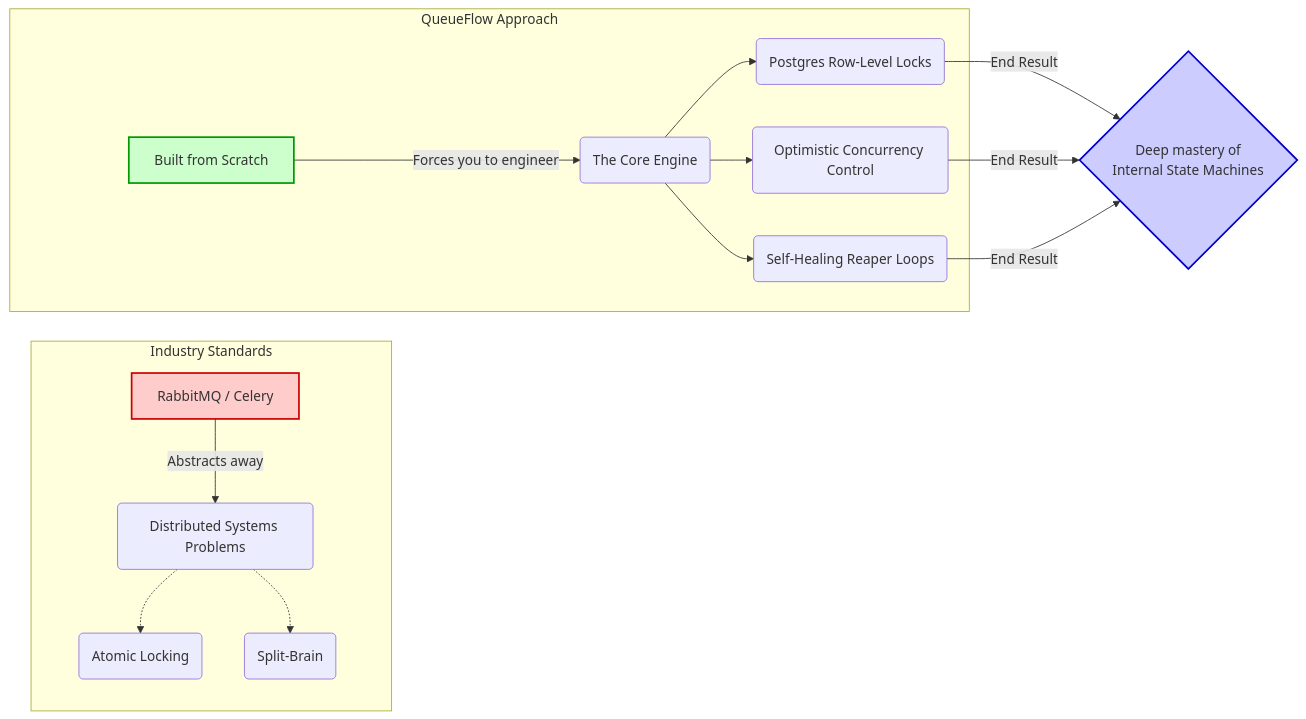
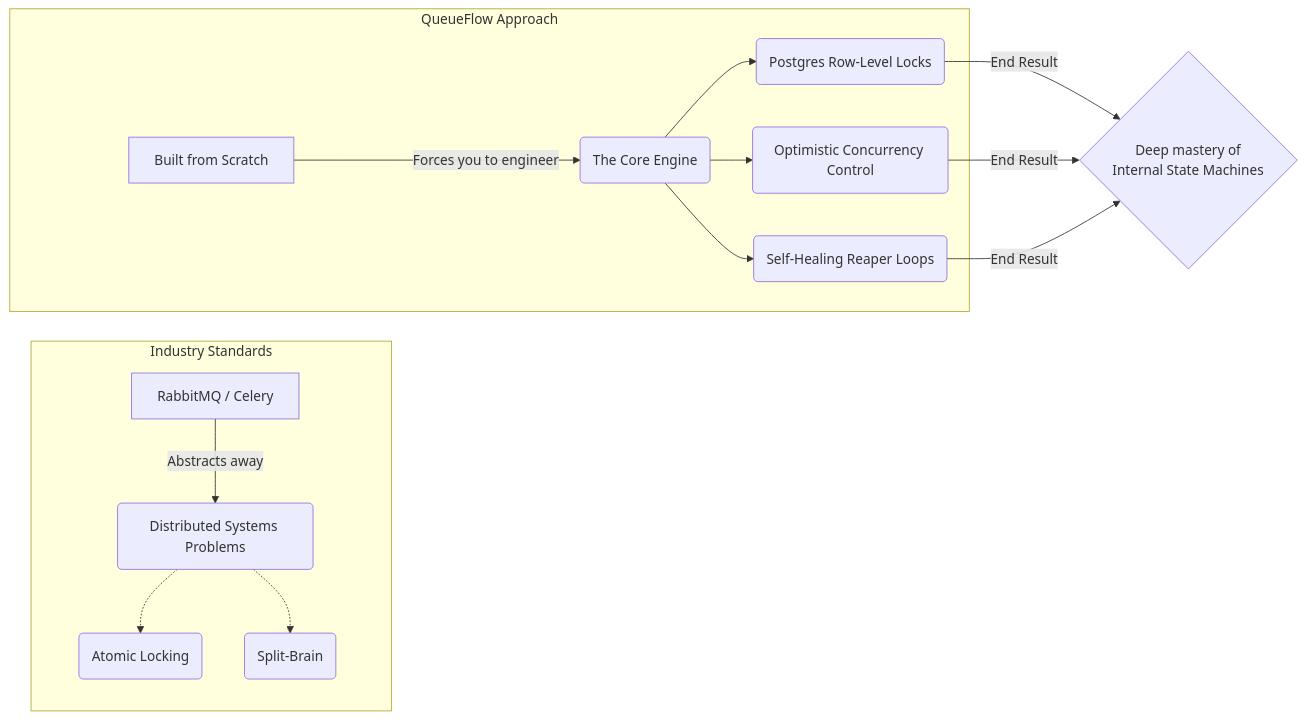
One commit to Aryns293/QueueFlow-prep changed the first of 3 diagrams in Final/7.1-100-Most-Expected-Questions-Part1.md. Above: the diagram before and after it, drawn with Mermaid.

Commit message:
fix: remove hardcoded mermaid colors for dark mode visibility

````diff
--- a/Final/7.1-100-Most-Expected-Questions-Part1.md
+++ b/Final/7.1-100-Most-Expected-Questions-Part1.md
@@ -21,21 +21,17 @@
 ```mermaid
 flowchart LR
     subgraph The_Easy_Way [Industry Standards]
         A[RabbitMQ / Celery] -->|Abstracts away| B(Distributed Systems Problems)
         B -.-> C(Atomic Locking)
         B -.-> D(Split-Brain)
     end
     
     subgraph The_QueueFlow_Way [QueueFlow Approach]
         F[Built from Scratch] -->|Forces you to engineer| G(The Core Engine)
         G --> H(Postgres Row-Level Locks)
         G --> I(Optimistic Concurrency Control)
         G --> J(Self-Healing Reaper Loops)
     end
     
     H & I & J -->|End Result| K{Deep mastery of<br>Internal State Machines}
-    
-    style A fill:#ffcccc,stroke:#cc0000,stroke-width:2px
-    style F fill:#ccffcc,stroke:#009900,stroke-width:2px
-    style K fill:#ccccff,stroke:#0000cc,stroke-width:2px
 ```
````
